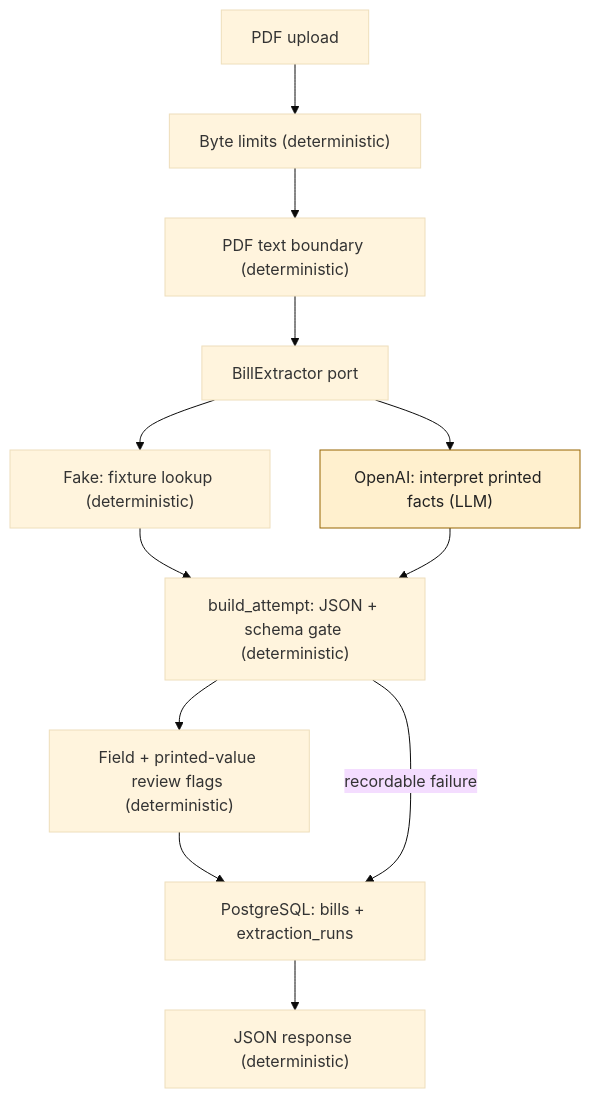
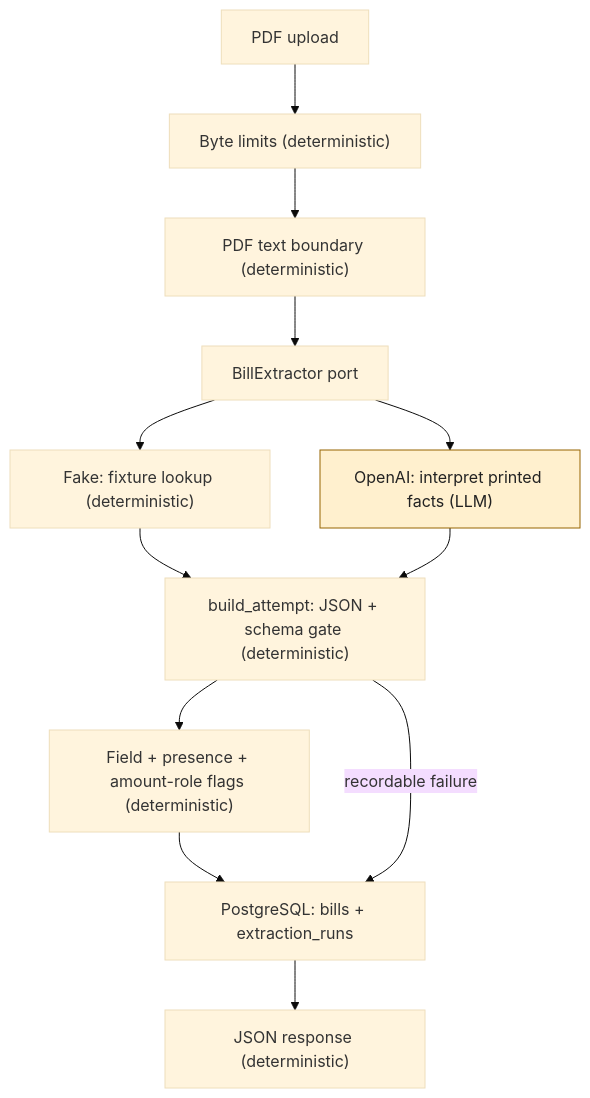
One commit to maxtsec/bill-lens changed the diagram in README.md. Above: the diagram before and after it, drawn with Mermaid (base theme). The commit also changed other lines of this file and 22 other files, not shown here.

Commit message:
Add deterministic current-amount role review

````diff
--- a/README.md
+++ b/README.md
@@ -34,16 +39,16 @@
 ```mermaid
 flowchart TD
     upload["PDF upload"] --> limits["Byte limits (deterministic)"]
     limits --> pdf["PDF text boundary (deterministic)"]
     pdf --> port["BillExtractor port"]
     port --> fake["Fake: fixture lookup (deterministic)"]
     port --> llm["OpenAI: interpret printed facts (LLM)"]
     fake --> gate["build_attempt: JSON + schema gate (deterministic)"]
     llm --> gate
-    gate --> review["Field + printed-value review flags (deterministic)"]
+    gate --> review["Field + presence + amount-role flags (deterministic)"]
     review --> db["PostgreSQL: bills + extraction_runs"]
     gate -->|recordable failure| db
     db --> json["JSON response (deterministic)"]
     classDef probabilistic fill:#fff0ce,stroke:#966500,color:#222;
     class llm probabilistic;
 ```
````
